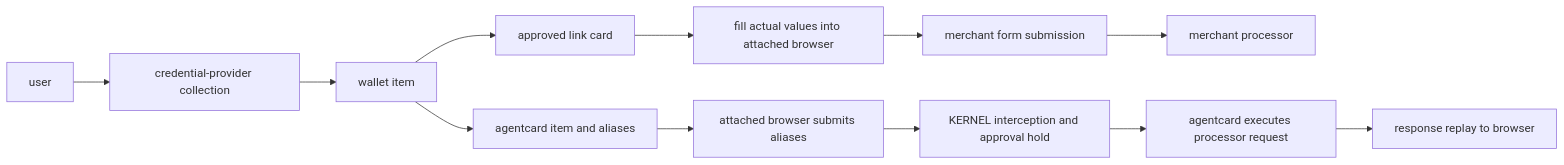
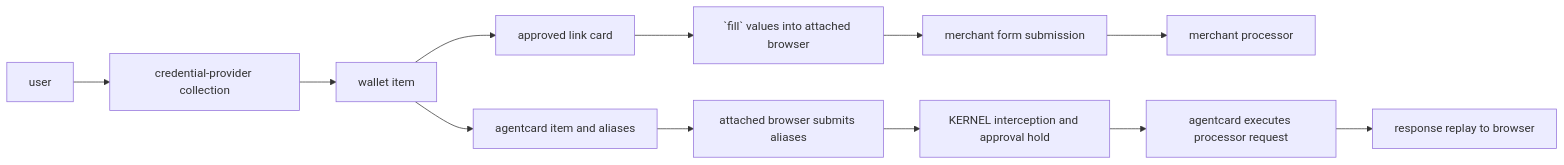
Before and after one commit to kernel/docs: the diagram in integrations/payments/overview.mdx, drawn with Mermaid. The commit also changed other lines of this file and 5 other files, not shown here.

````diff
--- a/integrations/payments/overview.mdx
+++ b/integrations/payments/overview.mdx
@@ -40,14 +40,14 @@
 ```mermaid
 flowchart LR
   U[user] --> H[credential-provider collection]
   H --> W[wallet item]
   W --> L[approved link card]
-  L --> F[fill actual values into attached browser]
+  L --> F[`fill` values into attached browser]
   F --> S[merchant form submission]
   S --> P[merchant processor]
   W --> C[agentcard item and aliases]
   C --> A[attached browser submits aliases]
   A --> E[KERNEL interception and approval hold]
   E --> X[agentcard executes processor request]
   X --> R[response replay to browser]
 ```
````
